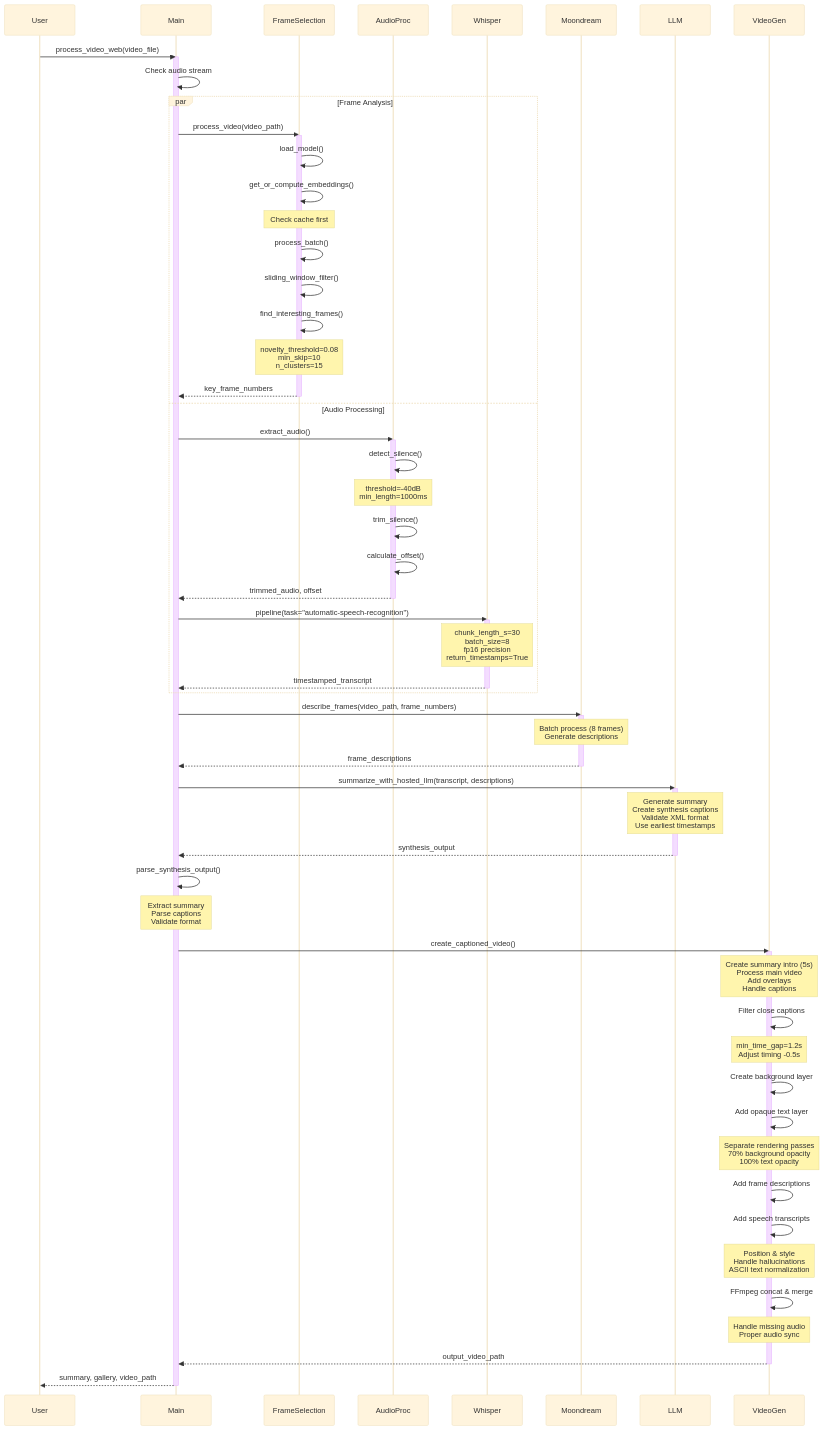
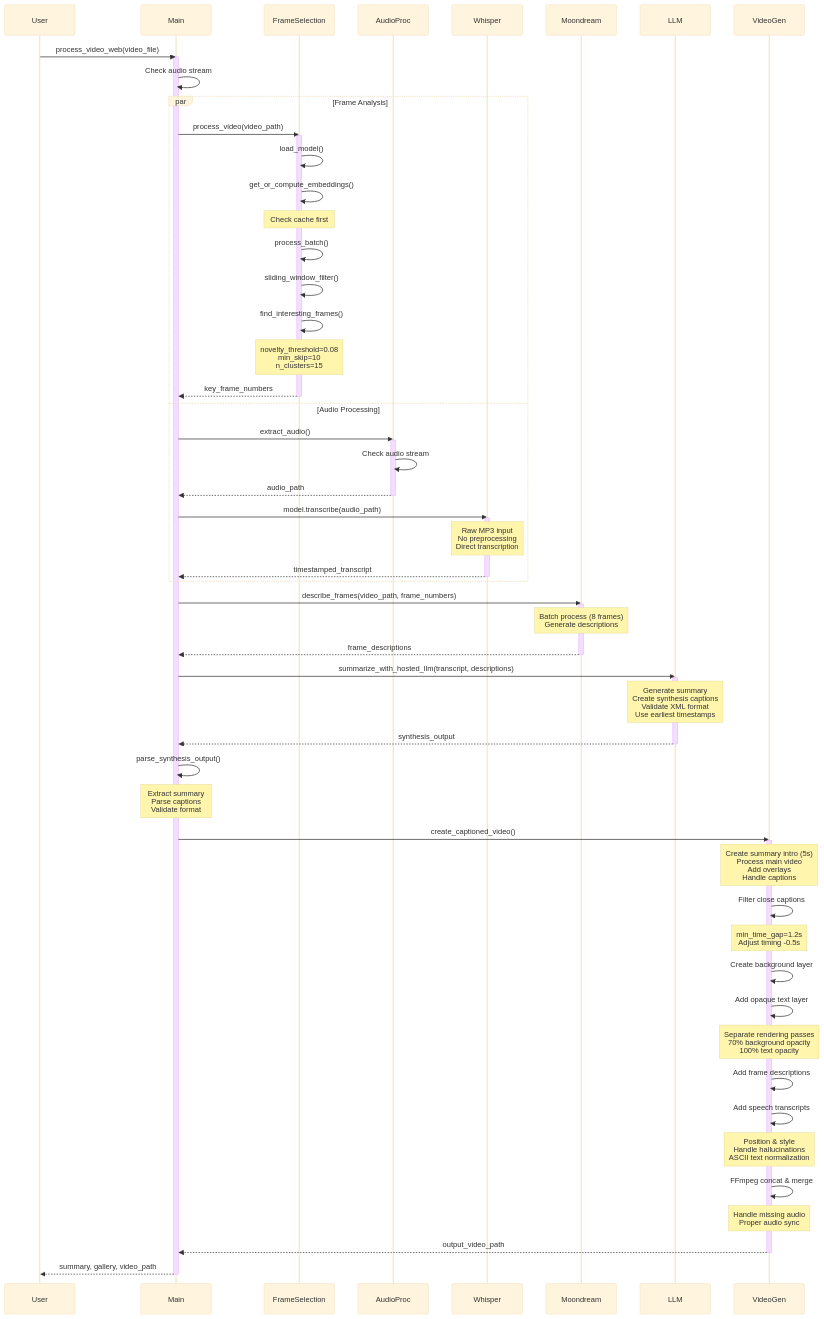
Before and after one commit to parsakhaz/video-understanding-engine: the second of 2 diagrams in README.md, drawn with Mermaid (base theme). The commit also changed other lines of this file and 1 other file, not shown here.

Commit message:
revert to whisper client (less accurate and longer chunks, but at least timestamps work, which is higher pri - they are broken on transformers version of model). make audio processing simpler, just pull raw mp3, weirdly results in better transcriptions this way

````diff
--- a/README.md
+++ b/README.md
@@ -196,78 +191,75 @@
 ```mermaid
 sequenceDiagram
     participant User
     participant Main
     participant FrameSelection
     participant AudioProc
     participant Whisper
     participant Moondream
     participant LLM
     participant VideoGen
 
     User->>Main: process_video_web(video_file)
     activate Main
     
     Main->>Main: Check audio stream
     
     par Frame Analysis
         Main->>FrameSelection: process_video(video_path)
         activate FrameSelection
         FrameSelection->>FrameSelection: load_model()
         FrameSelection->>FrameSelection: get_or_compute_embeddings()
         Note over FrameSelection: Check cache first
         FrameSelection->>FrameSelection: process_batch()
         FrameSelection->>FrameSelection: sliding_window_filter()
         FrameSelection->>FrameSelection: find_interesting_frames()
         Note over FrameSelection: novelty_threshold=0.08<br/>min_skip=10<br/>n_clusters=15
         FrameSelection-->>Main: key_frame_numbers
         deactivate FrameSelection
     and Audio Processing
         Main->>AudioProc: extract_audio()
         activate AudioProc
-        AudioProc->>AudioProc: detect_silence()
-        Note over AudioProc: threshold=-40dB<br/>min_length=1000ms
-        AudioProc->>AudioProc: trim_silence()
-        AudioProc->>AudioProc: calculate_offset()
-        AudioProc-->>Main: trimmed_audio, offset
+        AudioProc->>AudioProc: Check audio stream
+        AudioProc-->>Main: audio_path
         deactivate AudioProc
-        Main->>Whisper: pipeline(task="automatic-speech-recognition")
+        Main->>Whisper: model.transcribe(audio_path)
         activate Whisper
-        Note over Whisper: chunk_length_s=30<br/>batch_size=8<br/>fp16 precision<br/>return_timestamps=True
+        Note over Whisper: Raw MP3 input<br/>No preprocessing<br/>Direct transcription
         Whisper-->>Main: timestamped_transcript
         deactivate Whisper
     end
 
     Main->>Moondream: describe_frames(video_path, frame_numbers)
     activate Moondream
     Note over Moondream: Batch process (8 frames)<br/>Generate descriptions
     Moondream-->>Main: frame_descriptions
     deactivate Moondream
 
     Main->>LLM: summarize_with_hosted_llm(transcript, descriptions)
     activate LLM
     Note over LLM: Generate summary<br/>Create synthesis captions<br/>Validate XML format<br/>Use earliest timestamps
     LLM-->>Main: synthesis_output
     deactivate LLM
 
     Main->>Main: parse_synthesis_output()
     Note over Main: Extract summary<br/>Parse captions<br/>Validate format
 
     Main->>VideoGen: create_captioned_video()
     activate VideoGen
     Note over VideoGen: Create summary intro (5s)<br/>Process main video<br/>Add overlays<br/>Handle captions
     VideoGen->>VideoGen: Filter close captions
     Note over VideoGen: min_time_gap=1.2s<br/>Adjust timing -0.5s
     VideoGen->>VideoGen: Create background layer
     VideoGen->>VideoGen: Add opaque text layer
     Note over VideoGen: Separate rendering passes<br/>70% background opacity<br/>100% text opacity
     VideoGen->>VideoGen: Add frame descriptions
     VideoGen->>VideoGen: Add speech transcripts
     Note over VideoGen: Position & style<br/>Handle hallucinations<br/>ASCII text normalization
     VideoGen->>VideoGen: FFmpeg concat & merge
     Note over VideoGen: Handle missing audio<br/>Proper audio sync
     VideoGen-->>Main: output_video_path
     deactivate VideoGen
 
     Main-->>User: summary, gallery, video_path
     deactivate Main
 ```
````
